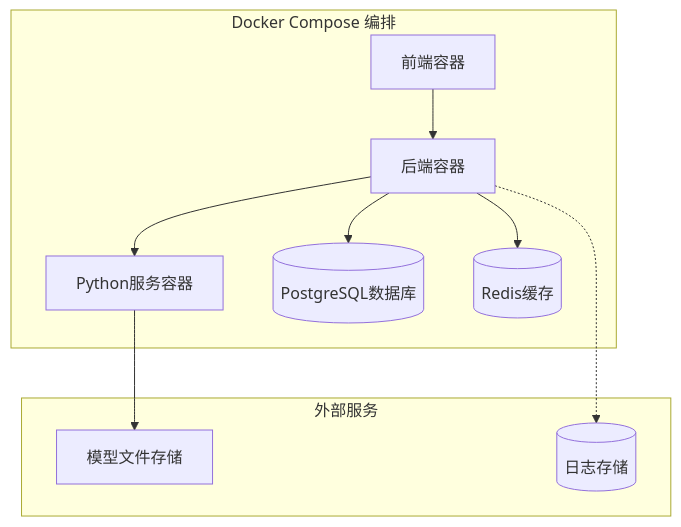
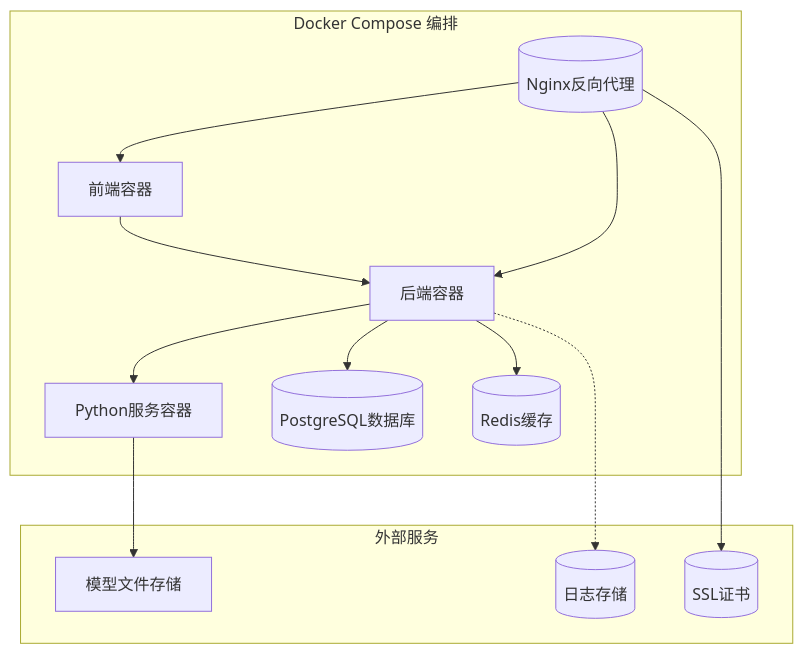
The second of 3 diagrams in .qoder/repowiki/zh/content/部署与运维/部署指南.md (L1mingyoung/ex), drawn with Mermaid before and after one commit. The commit also changed other lines of this file and 16 other files, not shown here.

````diff
--- a/.qoder/repowiki/zh/content/部署与运维/部署指南.md
+++ b/.qoder/repowiki/zh/content/部署与运维/部署指南.md
@@ -222,20 +288,25 @@
 ```mermaid
 graph TB
 subgraph "Docker Compose 编排"
 Frontend[前端容器]
 Backend[后端容器]
 Python[Python服务容器]
 Database[(PostgreSQL数据库)]
 Redis[(Redis缓存)]
+Nginx[(Nginx反向代理)]
 Frontend --> Backend
 Backend --> Database
 Backend --> Python
 Backend --> Redis
+Nginx --> Frontend
+Nginx --> Backend
 end
 subgraph "外部服务"
 ModelStorage[模型文件存储]
 LogStorage[(日志存储)]
+SSL[(SSL证书)]
 end
 Python --> ModelStorage
 Backend -.-> LogStorage
+Nginx --> SSL
 ```
````
